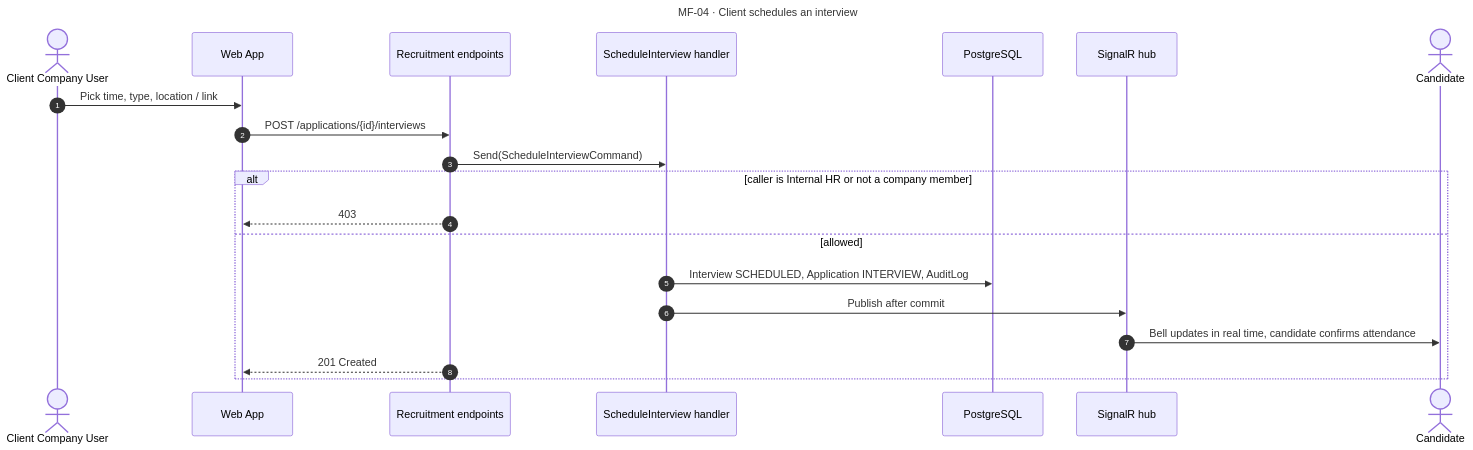
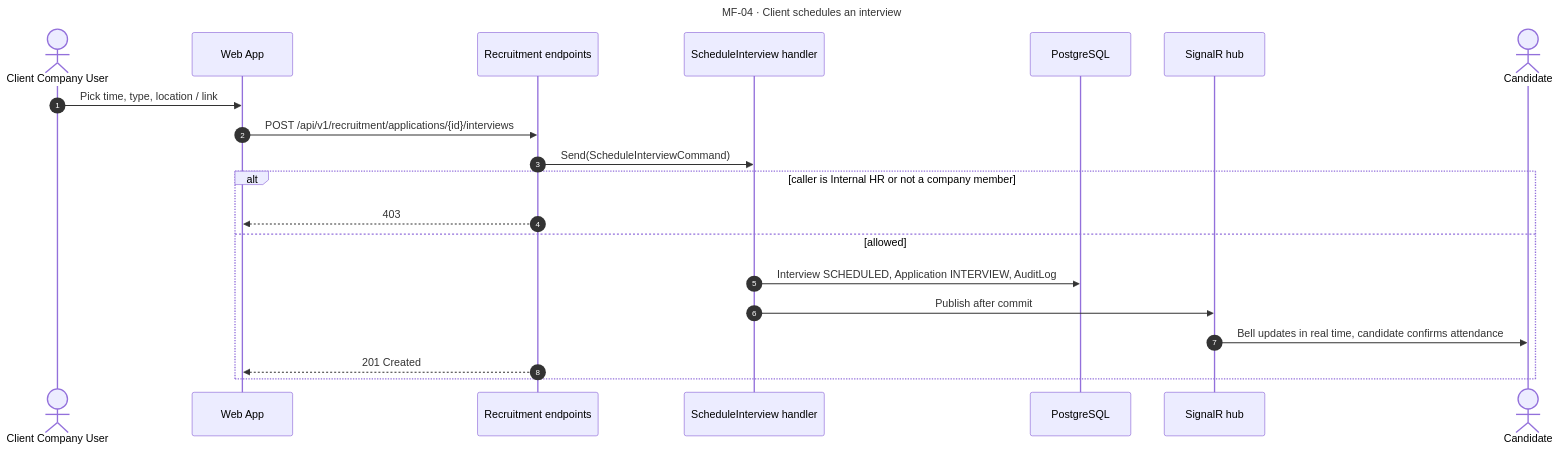
One commit to hoangqui794/hr-connect changed the diagram in docs/diagrams/sequences/source/seq-mf04-schedule-interview.mmd. Above: the diagram before and after it, drawn with Mermaid. The commit also changed 34 other files, not shown here.

Commit message:
docs(diagrams): add candidate self-apply sequence and fix endpoint paths in MF-01..MF-04 sequences

```diff
--- a/docs/diagrams/sequences/source/seq-mf04-schedule-interview.mmd
+++ b/docs/diagrams/sequences/source/seq-mf04-schedule-interview.mmd
@@ -1,23 +1,23 @@
 ---
 title: MF-04 · Client schedules an interview
 ---
 sequenceDiagram
   autonumber
   actor CL as Client Company User
   participant FE as Web App
   participant API as Recruitment endpoints
   participant H as ScheduleInterview handler
   participant DB as PostgreSQL
   participant HUB as SignalR hub
   actor CA as Candidate
   CL->>FE: Pick time, type, location / link
-  FE->>API: POST /applications/{id}/interviews
+  FE->>API: POST /api/v1/recruitment/applications/{id}/interviews
   API->>H: Send(ScheduleInterviewCommand)
   alt caller is Internal HR or not a company member
   API-->>FE: 403
   else allowed
   H->>DB: Interview SCHEDULED, Application INTERVIEW, AuditLog
   H->>HUB: Publish after commit
   HUB->>CA: Bell updates in real time, candidate confirms attendance
   API-->>FE: 201 Created
   end
```
